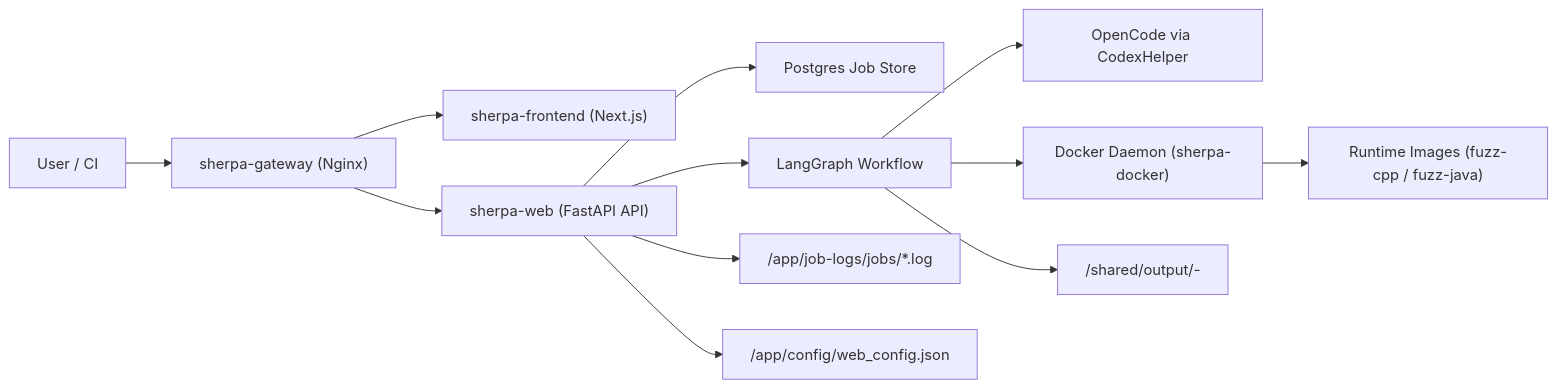
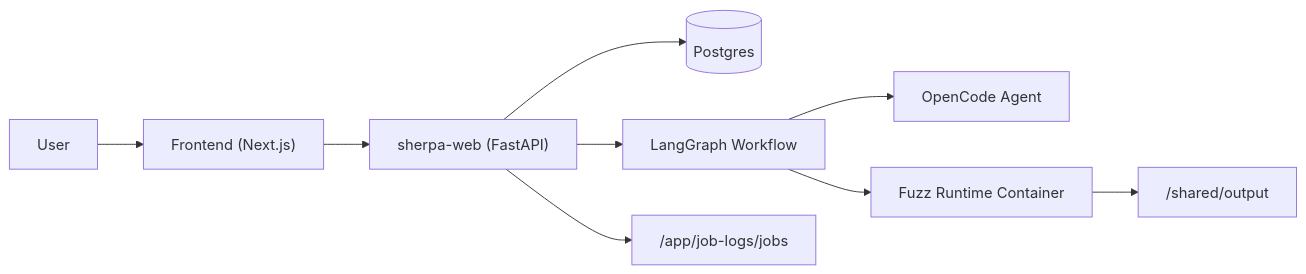
One commit to ZUENS2020/Sherpa changed the first of 6 diagrams in README.md. Above: the diagram before and after it, drawn with Mermaid. The commit also changed other lines of this file and 3 other files, not shown here.

````diff
--- a/README.md
+++ b/README.md
@@ -32,14 +42,11 @@
 ```mermaid
 flowchart LR
-  U["User / CI"] --> GW["sherpa-gateway (Nginx)"]
-  GW --> FE["sherpa-frontend (Next.js)"]
-  GW --> WEB["sherpa-web (FastAPI API)"]
-  WEB --> JOB["Postgres Job Store"]
-  WEB --> WF["LangGraph Workflow"]
-  WF --> OC["OpenCode via CodexHelper"]
-  WF --> DIND["Docker Daemon (sherpa-docker)"]
-  DIND --> IMG["Runtime Images (fuzz-cpp / fuzz-java)"]
-  WF --> OUT["/shared/output/<repo>-<id>"]
-  WEB --> LOG["/app/job-logs/jobs/*.log"]
-  WEB --> CFG["/app/config/web_config.json"]
+  U["User"] --> FE["Frontend (Next.js)"]
+  FE --> API["sherpa-web (FastAPI)"]
+  API --> DB[(Postgres)]
+  API --> WF["LangGraph Workflow"]
+  WF --> OC["OpenCode Agent"]
+  WF --> RT["Fuzz Runtime Container"]
+  RT --> OUT["/shared/output"]
+  API --> LOG["/app/job-logs/jobs"]
 ```
````
